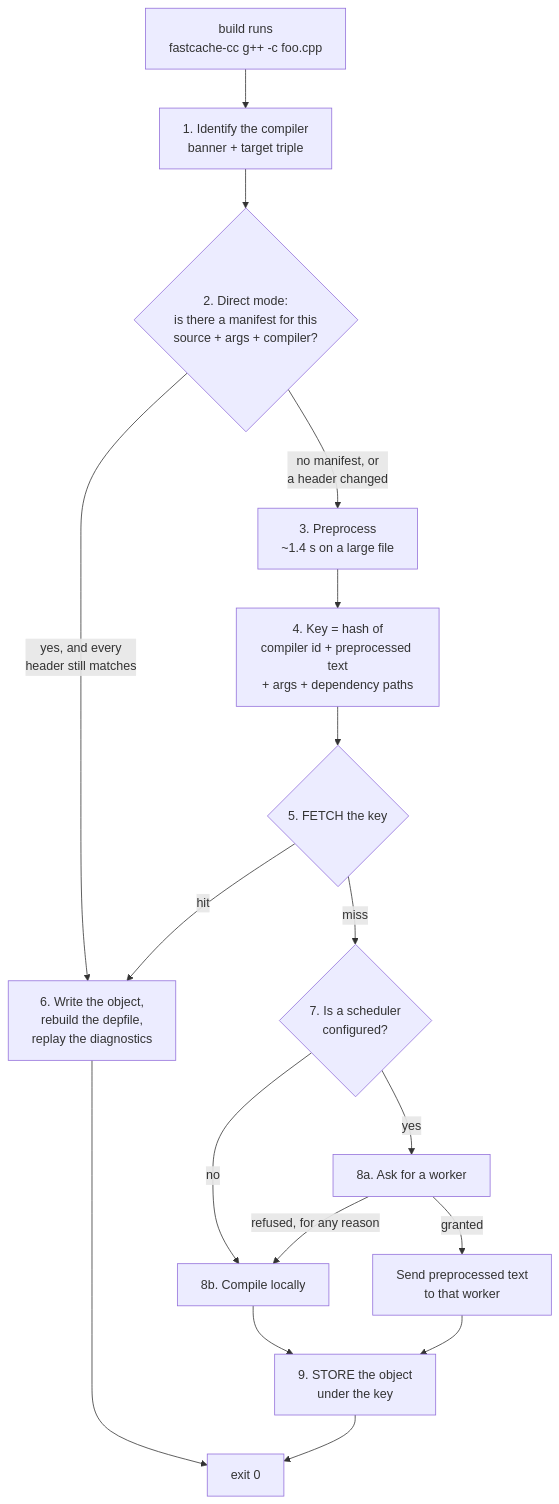
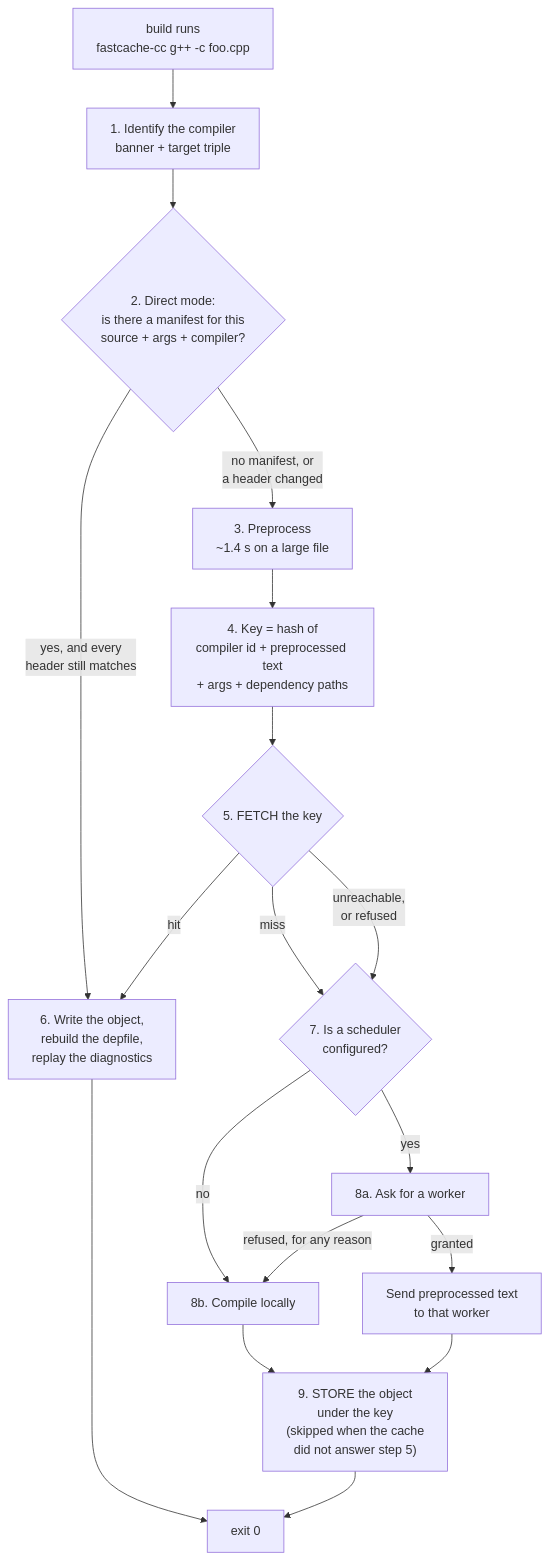
The diagram in docs/how-it-works.md (LASTRADA-Software/fastcached), drawn with Mermaid before and after one commit. The commit also changed other lines of this file and 11 other files, not shown here.

````diff
--- a/docs/how-it-works.md
+++ b/docs/how-it-works.md
@@ -50,19 +50,20 @@
 ```mermaid
 flowchart TD
     start["build runs<br/>fastcache-cc g++ -c foo.cpp"] --> id["1. Identify the compiler<br/>banner + target triple"]
     id --> direct{"2. Direct mode:<br/>is there a manifest for this<br/>source + args + compiler?"}
     direct -->|"yes, and every<br/>header still matches"| hit
     direct -->|"no manifest, or<br/>a header changed"| pre["3. Preprocess<br/>~1.4 s on a large file"]
     pre --> key["4. Key = hash of<br/>compiler id + preprocessed text<br/>+ args + dependency paths"]
     key --> fetch{"5. FETCH the key"}
     fetch -->|"hit"| hit["6. Write the object,<br/>rebuild the depfile,<br/>replay the diagnostics"]
     fetch -->|"miss"| dispatch{"7. Is a scheduler<br/>configured?"}
+    fetch -->|"unreachable,<br/>or refused"| dispatch
     dispatch -->|"no"| local["8b. Compile locally"]
     dispatch -->|"yes"| lease["8a. Ask for a worker"]
     lease -->|"refused, for any reason"| local
     lease -->|"granted"| remote["Send preprocessed text<br/>to that worker"]
     remote --> store
-    local --> store["9. STORE the object<br/>under the key"]
+    local --> store["9. STORE the object<br/>under the key<br/>(skipped when the cache<br/>did not answer step 5)"]
     hit --> done["exit 0"]
     store --> done
 ```
````
